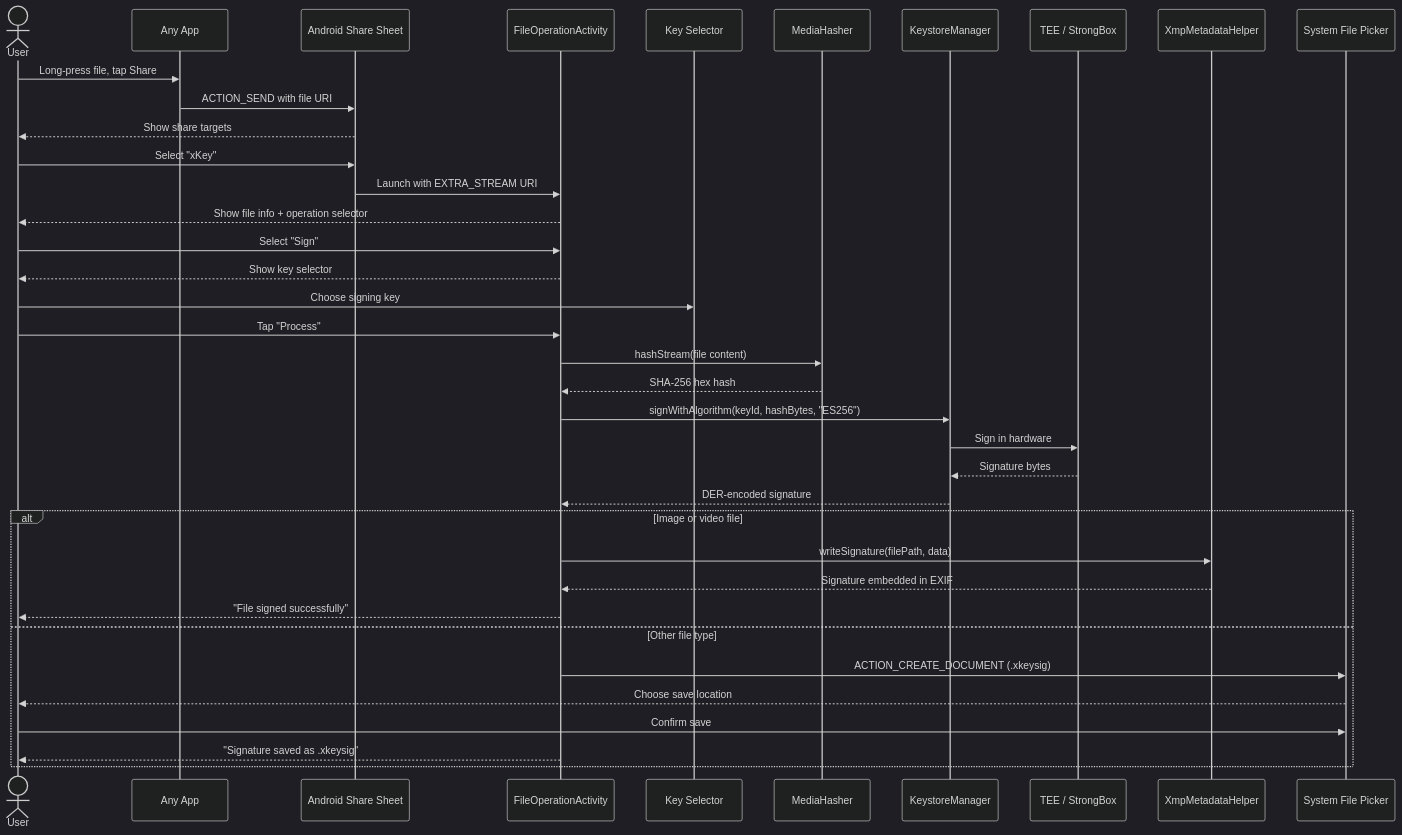
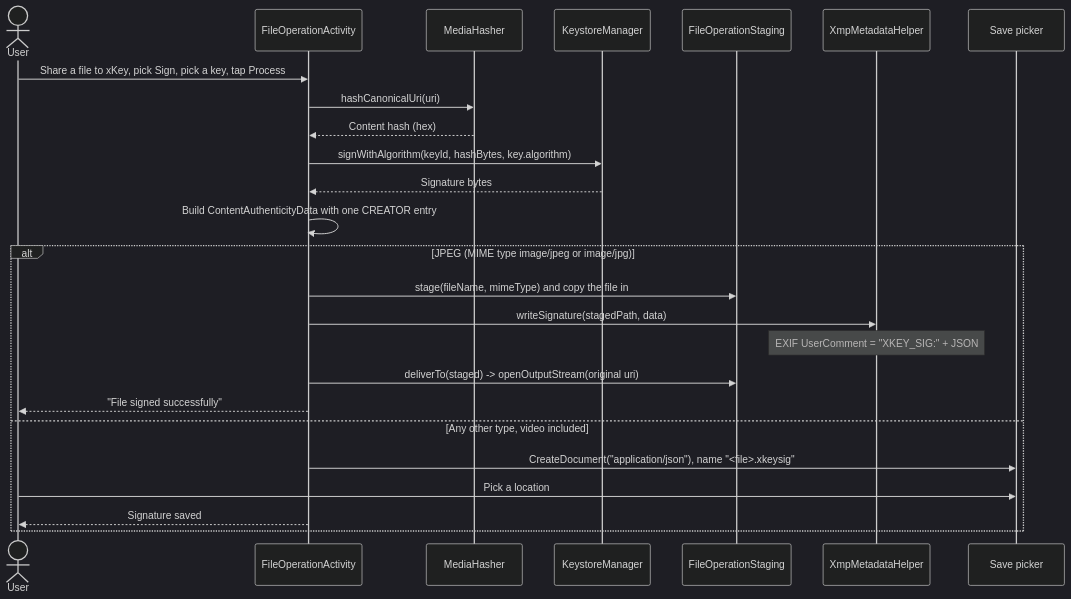
The third of 5 diagrams in docs/file-operations/architecture.md (jeremyhahn/xkey-android), drawn with Mermaid (dark theme) before and after one commit. The commit also changed other lines of this file and 39 other files, not shown here.

````diff
--- a/docs/file-operations/architecture.md
+++ b/docs/file-operations/architecture.md
@@ -115,44 +102,31 @@
 ```mermaid
 sequenceDiagram
     actor User
-    participant App as Any App
-    participant Share as Android Share Sheet
     participant FOA as FileOperationActivity
-    participant KS as Key Selector
     participant MH as MediaHasher
     participant KM as KeystoreManager
-    participant HW as TEE / StrongBox
+    participant ST as FileOperationStaging
     participant XMP as XmpMetadataHelper
-    participant SAF as System File Picker
+    participant SAF as Save picker
 
-    User->>App: Long-press file, tap Share
-    App->>Share: ACTION_SEND with file URI
-    Share-->>User: Show share targets
-    User->>Share: Select "xKey"
-    Share->>FOA: Launch with EXTRA_STREAM URI
+    User->>FOA: Share a file to xKey, pick Sign, pick a key, tap Process
+    FOA->>MH: hashCanonicalUri(uri)
+    MH-->>FOA: Content hash (hex)
 
-    FOA-->>User: Show file info + operation selector
-    User->>FOA: Select "Sign"
-    FOA-->>User: Show key selector
-    User->>KS: Choose signing key
+    FOA->>KM: signWithAlgorithm(keyId, hashBytes, key.algorithm)
+    KM-->>FOA: Signature bytes
 
-    User->>FOA: Tap "Process"
-    FOA->>MH: hashStream(file content)
-    MH-->>FOA: SHA-256 hex hash
+    FOA->>FOA: Build ContentAuthenticityData with one CREATOR entry
 
-    FOA->>KM: signWithAlgorithm(keyId, hashBytes, "ES256")
-    KM->>HW: Sign in hardware
-    HW-->>KM: Signature bytes
-    KM-->>FOA: DER-encoded signature
-
-    alt Image or video file
-        FOA->>XMP: writeSignature(filePath, data)
-        XMP-->>FOA: Signature embedded in EXIF
+    alt JPEG (MIME type image/jpeg or image/jpg)
+        FOA->>ST: stage(fileName, mimeType) and copy the file in
+        FOA->>XMP: writeSignature(stagedPath, data)
+        Note over XMP: EXIF UserComment = "XKEY_SIG:" + JSON
+        FOA->>ST: deliverTo(staged) -> openOutputStream(original uri)
         FOA-->>User: "File signed successfully"
-    else Other file type
-        FOA->>SAF: ACTION_CREATE_DOCUMENT (.xkeysig)
-        SAF-->>User: Choose save location
-        User->>SAF: Confirm save
-        FOA-->>User: "Signature saved as .xkeysig"
+    else Any other type, video included
+        FOA->>SAF: CreateDocument("application/json"), name "<file>.xkeysig"
+        User->>SAF: Pick a location
+        FOA-->>User: Signature saved
     end
 ```
````
